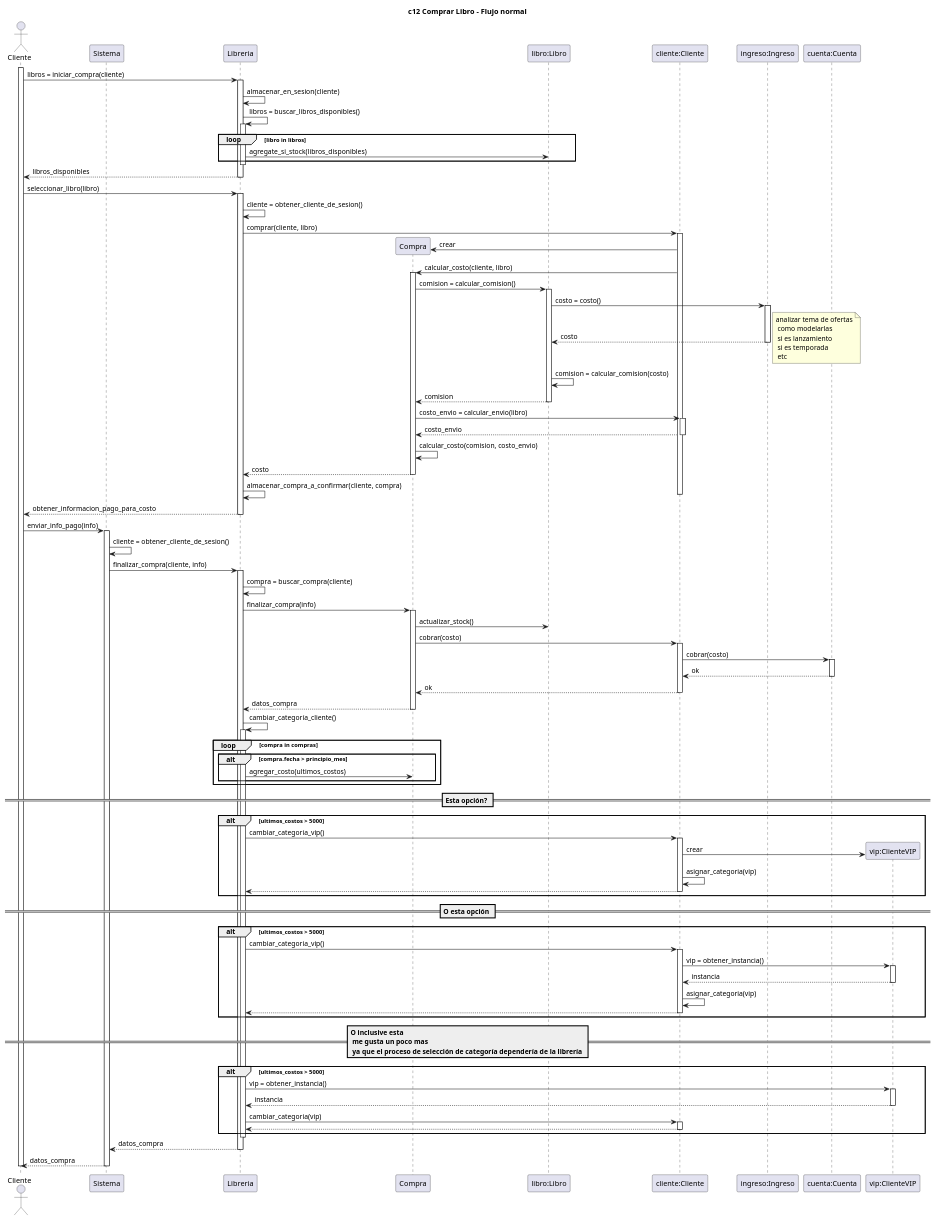
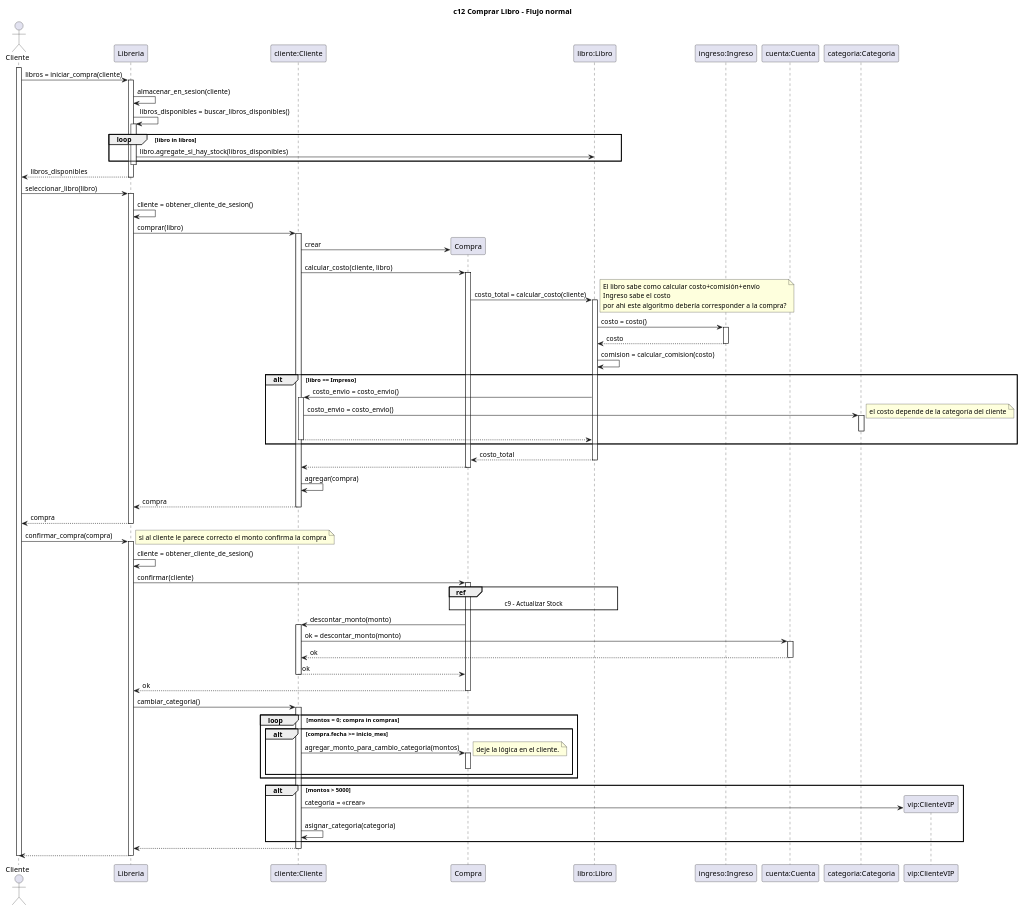
Before and after one commit to pablodanielrey/dsbm: the first of 4 diagrams in tp/secuencia/compra/secuencia.plantuml, drawn with PlantUML. The commit also changed 3 other files, not shown here.

Commit message:
corrijo el diagrama de secuencia

```diff
--- a/tp/secuencia/compra/secuencia.plantuml
+++ b/tp/secuencia/compra/secuencia.plantuml
@@ -2,133 +2,121 @@
 @startuml c12 Comprar Libro - Flujo normal
 
 title c12 Comprar Libro - Flujo normal
 
 actor Cliente as c
-participant Sistema as s
 participant Libreria as l
+participant "cliente:Cliente" as cliente
 participant Compra as compra
 participant "libro:Libro" as libro
-participant "cliente:Cliente" as cliente
 participant "ingreso:Ingreso" as ingreso
 participant "cuenta:Cuenta" as cuenta
+participant "categoria:Categoria" as categoria
 participant "vip:ClienteVIP" as vip
 
 activate c
 c -> l : libros = iniciar_compra(cliente)
 activate l
     l -> l : almacenar_en_sesion(cliente)
-    l -> l : libros = buscar_libros_disponibles()
+    l -> l : libros_disponibles = buscar_libros_disponibles()
     activate l
     loop libro in libros
-        l -> libro : agregate_si_stock(libros_disponibles)
+        l -> libro : libro.agregate_si_hay_stock(libros_disponibles)
     end
     deactivate l
     c <-- l : libros_disponibles
 deactivate l
 
 c -> l : seleccionar_libro(libro)
 activate l
     l -> l : cliente = obtener_cliente_de_sesion()
-    l -> cliente : comprar(cliente, libro)
+    l -> cliente : comprar(libro)
     activate cliente
         cliente -> compra ** : crear
         cliente -> compra : calcular_costo(cliente, libro)
         activate compra
             'el costo depende del tipo de libro y del tipo de cliente
-            compra -> libro : comision = calcular_comision()
+            compra -> libro : costo_total = calcular_costo(cliente)
+            note right: El libro sabe como calcular costo+comisión+envío\nIngreso sabe el costo\npor ahi este algoritmo debería corresponder a la compra?
             activate libro
                 libro -> ingreso : costo = costo()
                 activate ingreso
                     libro <-- ingreso : costo
                 deactivate ingreso
-                note right : analizar tema de ofertas\n como modelarlas\n si es lanzamiento\n si es temporada\n etc
                 libro -> libro : comision = calcular_comision(costo)
-                compra <-- libro : comision
+
+                alt libro == Impreso
+                    libro -> cliente : costo_envio = costo_envio()
+                    activate cliente
+                        cliente -> categoria : costo_envio = costo_envio()
+                        note right : el costo depende de la categoría del cliente
+                        activate categoria
+
+                            'cliente <-- categoria
+                        deactivate categoria
+
+                        libro <-- cliente
+                    deactivate cliente
+                end
+
+                compra <-- libro : costo_total
             deactivate libro
-            compra -> cliente : costo_envio = calcular_envio(libro)
-            activate cliente
-                compra <-- cliente : costo_envio
-            deactivate cliente
-            compra -> compra : calcular_costo(comision, costo_envio)
-            l <-- compra : costo
+
+
+
+                
+            cliente <-- compra
         deactivate compra
-        l -> l : almacenar_compra_a_confirmar(cliente, compra)
+        cliente -> cliente : agregar(compra)
+
+        l <-- cliente : compra
     deactivate cliente
-    return obtener_informacion_pago_para_costo
+
+    return compra
 deactivate l
 
-c -> s : enviar_info_pago(info)
-activate s
-    s -> s : cliente = obtener_cliente_de_sesion()
-    s -> l : finalizar_compra(cliente, info)
-    activate l
-        l -> l : compra = buscar_compra(cliente)
-        l -> compra : finalizar_compra(info)
-        activate compra
-            compra -> libro : actualizar_stock()
-            compra -> cliente : cobrar(costo)
-            activate cliente
-                cliente -> cuenta : cobrar(costo)
-                activate cuenta
-                    cliente <-- cuenta: ok
-                deactivate cuenta
-                compra <-- cliente : ok
-            deactivate cliente
-            l <-- compra : datos_compra
-        deactivate compra
-        l -> l : cambiar_categoría_cliente()
-        activate l
-            loop compra in compras
-                alt compra.fecha > principio_mes
-                    l -> compra : agregar_costo(ultimos_costos)
-                end
+c -> l : confirmar_compra(compra)
+note right : si al cliente le parece correcto el monto confirma la compra
+activate l
+    l -> l : cliente = obtener_cliente_de_sesion()
+
+    l -> compra : confirmar(cliente)
+    activate compra
+        ref over compra, libro : c9 - Actualizar Stock
+
+        compra -> cliente : descontar_monto(monto)
+        activate cliente
+            cliente -> cuenta : ok = descontar_monto(monto)
+            activate cuenta
+                cliente <-- cuenta : ok
+            deactivate cuenta
+            
+            compra <-- cliente : ok
+        deactivate cliente
+
+        l <-- compra : ok
+    deactivate compra
+
+
+    l -> cliente : cambiar_categoria()
+    activate cliente
+        loop montos = 0; compra in compras
+            alt compra.fecha >= inicio_mes
+                cliente -> compra : agregar_monto_para_cambio_categoria(montos)
+                note right : deje la lógica en el cliente.
+                activate compra
+                deactivate compra
             end
+        end 
+        alt montos > 5000
+            cliente -> vip ** : categoria = <<crear>>
+            cliente -> cliente : asignar_categoria(categoria)
+        end
+        l <-- cliente
+    deactivate cliente
 
-            == Esta opción? ==
-
-            alt ultimos_costos > 5000
-                l -> cliente : cambiar_categoria_vip()
-                activate cliente
-                    cliente -> vip **: crear
-                    cliente -> cliente : asignar_categoria(vip)
-                    l <-- cliente
-                deactivate cliente
-            end
-
-            == O esta opción ==
-
-            alt ultimos_costos > 5000
-                l -> cliente : cambiar_categoria_vip()
-                activate cliente
-                    cliente -> vip : vip = obtener_instancia()
-                    activate vip
-                        cliente <-- vip : instancia
-                    deactivate vip
-                    cliente -> cliente : asignar_categoria(vip)
-                    l <-- cliente
-                deactivate cliente
-            end
-
-            == O inclusive esta\n me gusta un poco mas\n ya que el proceso de selección de categoría dependería de la librería ==
-
-            alt ultimos_costos > 5000
-                l -> vip : vip = obtener_instancia()
-                activate vip
-                    l <-- vip : instancia
-                deactivate vip
-
-                l -> cliente : cambiar_categoria(vip)
-                activate cliente
-                    l <-- cliente
-                deactivate cliente
-            end
-
-        deactivate l
-        s <-- l : datos_compra
-    deactivate l
-    c <-- s : datos_compra
-deactivate s
+    c <-- l
+deactivate l
 
 deactivate c
 
 @enduml
```
